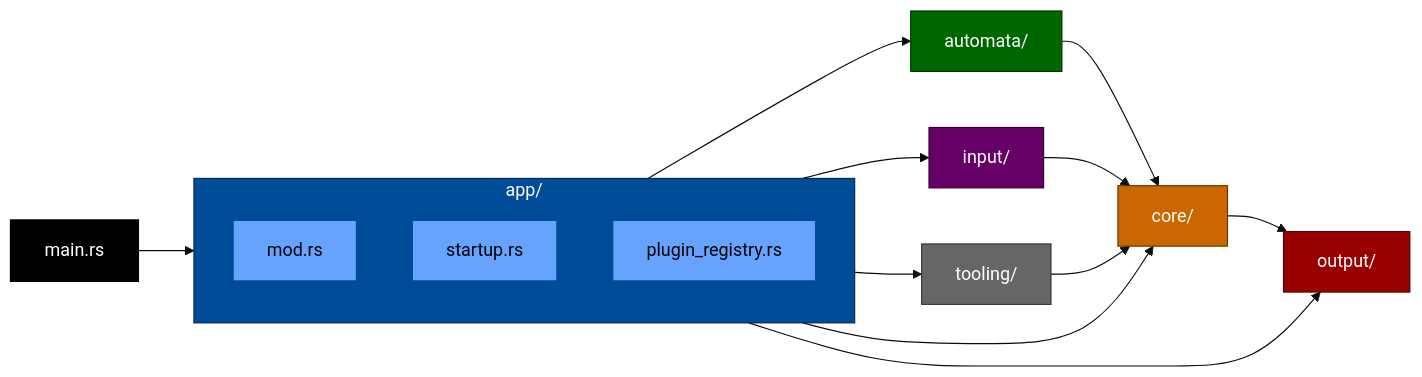
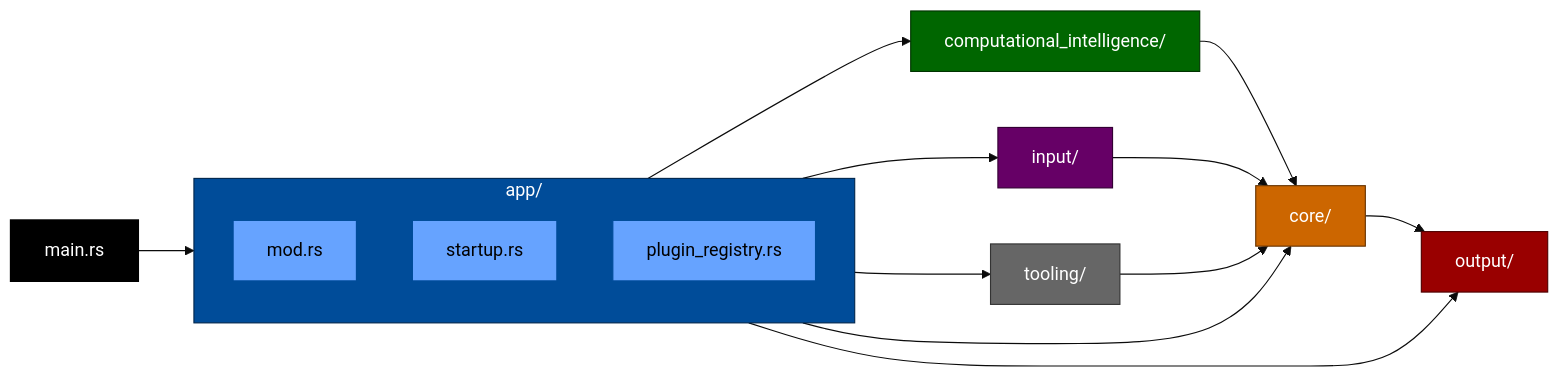
Before and after one commit to JonTDean/s-o-u-l: the diagram in docs/diagrams/migration/main.mmd, drawn with Mermaid. The commit also changed 151 other files, not shown here.

```diff
--- a/docs/diagrams/migration/main.mmd
+++ b/docs/diagrams/migration/main.mmd
@@ -1,65 +1,65 @@
 %%{init: {"theme":"base", "flowchart": { "htmlLabels": false }}}%%
 flowchart LR
     %% Top-level Application (main and app)
     main[main.rs]
 
     subgraph APP["app/"]
         direction TB
         app_mod[mod.rs]
         startup[startup.rs]
         plugin_registry[plugin_registry.rs]
     end
 
     %% Other crates (as external references)
     CORE["core/"]
-    AUTOMATA["automata/"]
+    computational_intelligence["computational_intelligence/"]
     INPUT["input/"]
     OUTPUT["output/"]
     DEVTOOLS["tooling/"]
 
     %% Crate interaction edges
     main --> APP
-    APP --> CORE & AUTOMATA & INPUT & OUTPUT & DEVTOOLS
+    APP --> CORE & computational_intelligence & INPUT & OUTPUT & DEVTOOLS
 
-    AUTOMATA --> CORE
+    computational_intelligence --> CORE
     INPUT --> CORE
     DEVTOOLS --> CORE
     CORE --> OUTPUT
 
     %% Style definitions for nodes/clusters
     classDef c_main        fill:#000000,stroke:#000000,color:#ffffff,stroke-width:2px
     classDef c_app_root    fill:#004C99,stroke:#00264d,color:#ffffff
     classDef c_app_child   fill:#66A3FF,stroke:#004C99,color:#000000
     classDef c_app_leaf    fill:#B3D1FF,stroke:#66A3FF,color:#000000
     classDef c_core_root   fill:#CC6600,stroke:#663300,color:#ffffff
     classDef c_core_child  fill:#FFCC99,stroke:#CC6600,color:#000000
     classDef c_core_leaf   fill:#FFE6CC,stroke:#FFCC99,color:#000000
     classDef c_aut_root    fill:#006600,stroke:#003300,color:#ffffff
     classDef c_aut_child   fill:#66CC66,stroke:#006600,color:#000000
     classDef c_aut_leaf    fill:#BFF0BF,stroke:#66CC66,color:#000000
     classDef c_inp_root    fill:#660066,stroke:#330033,color:#ffffff
     classDef c_inp_child   fill:#CC66CC,stroke:#660066,color:#000000
     classDef c_inp_leaf    fill:#E8B3E8,stroke:#CC66CC,color:#000000
     classDef c_out_root    fill:#990000,stroke:#4d0000,color:#ffffff
     classDef c_out_child   fill:#FF9999,stroke:#990000,color:#000000
     classDef c_out_leaf    fill:#FFCACA,stroke:#FF9999,color:#000000
     classDef c_dev_root    fill:#666666,stroke:#333333,color:#ffffff
     classDef c_dev_child   fill:#B3B3B3,stroke:#666666,color:#000000
     classDef c_dev_leaf    fill:#E0E0E0,stroke:#B3B3B3,color:#000000
 
     class main c_main
     class APP c_app_root
     class app_mod,startup,plugin_registry c_app_child
 
     class CORE c_core_root
-    class AUTOMATA c_aut_root
+    class computational_intelligence c_aut_root
     class INPUT c_inp_root
     class OUTPUT c_out_root
     class DEVTOOLS c_dev_root
 
     %% Clickable links to other crate diagrams (relative paths)
     click CORE "core.mmd" "View Core crate diagram"
-    click AUTOMATA "automata.mmd" "View Automata crate diagram"
+    click computational_intelligence "computational_intelligence.mmd" "View computational_intelligence crate diagram"
     click INPUT "input.mmd" "View Input crate diagram"
     click OUTPUT "output.mmd" "View Output crate diagram"
     click DEVTOOLS "tooling.mmd" "View DevTools crate diagram"
```
